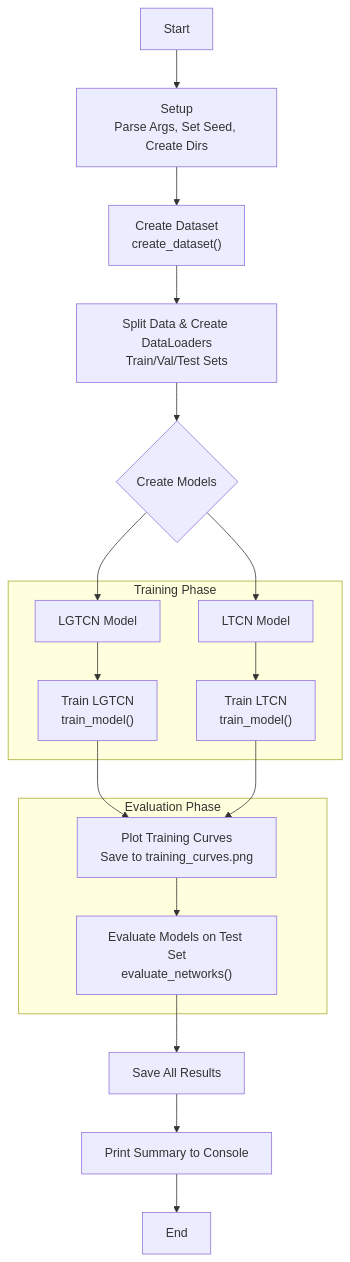
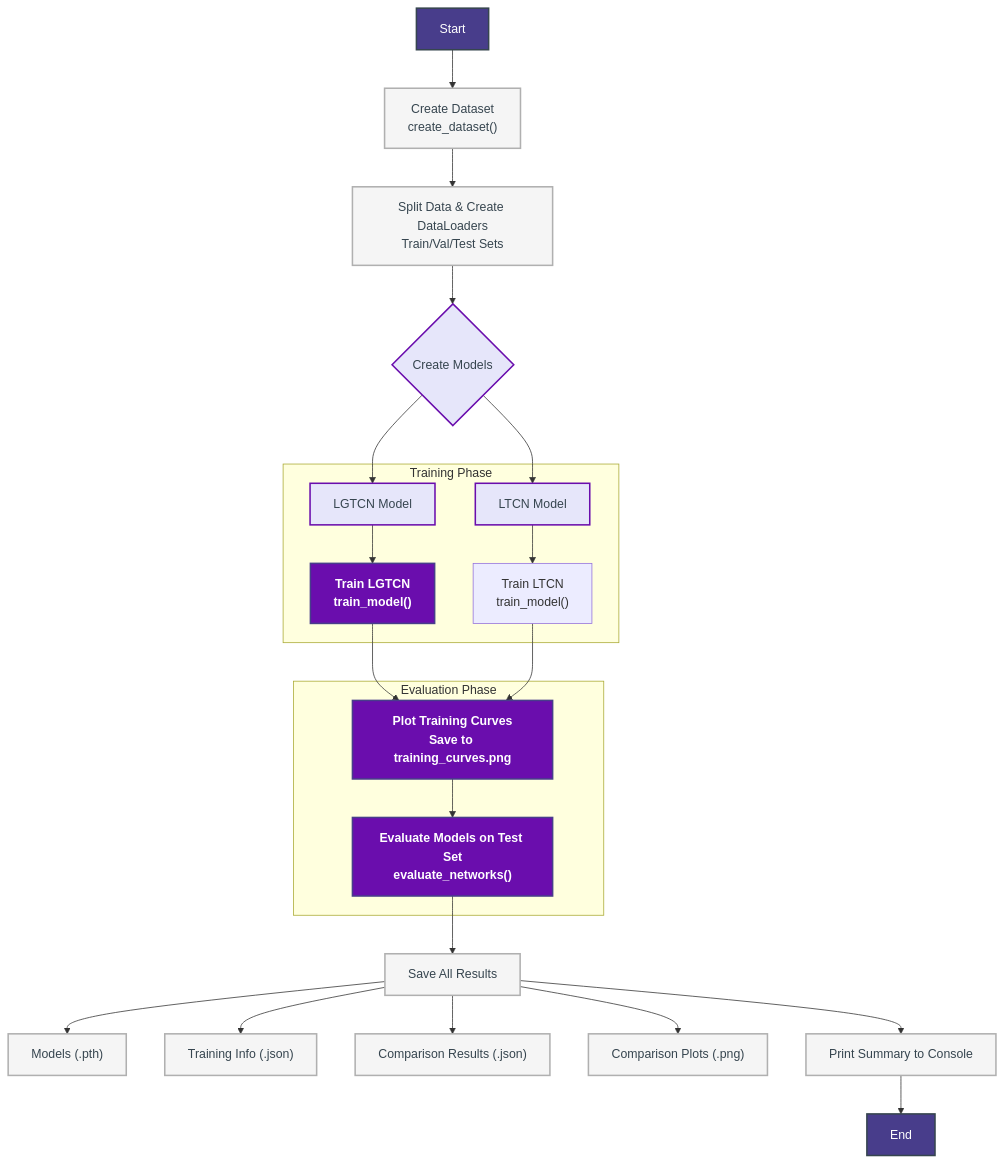
One commit to satra-11/liquid-graph-time-constant-network changed the diagram in README.md. Above: the diagram before and after it, drawn with Mermaid. The commit also changed other lines of this file and 2 other files, not shown here.

Commit message:
ディレクトリ調整

````diff
--- a/README.md
+++ b/README.md
@@ -29,25 +29,39 @@
 ```mermaid
 graph TD
-    A[Start] --> B[Setup<br>Parse Args, Set Seed, Create Dirs];
-    B --> C["Create Dataset<br>create_dataset()"];
-    C --> D[Split Data & Create DataLoaders<br>Train/Val/Test Sets];
+    A[Start] --> C["Create Dataset<br>create_dataset()"];
+    C --> D["Split Data & Create DataLoaders<br>Train/Val/Test Sets"];
     D --> E{Create Models};
     E --> F_LGTCN[LGTCN Model];
     E --> F_LTCN[LTCN Model];
 
     subgraph Training Phase
         F_LGTCN --> G_LGTCN["Train LGTCN<br>train_model()"];
         F_LTCN --> G_LTCN["Train LTCN<br>train_model()"];
     end
 
-    G_LGTCN & G_LTCN --> H[Plot Training Curves<br>Save to training_curves.png];
+    G_LGTCN & G_LTCN --> H["Plot Training Curves<br>Save to training_curves.png"];
 
     subgraph Evaluation Phase
         H --> I["Evaluate Models on Test Set<br>evaluate_networks()"];
     end
     
     I --> J[Save All Results];
+    J --> K["Models (.pth)"];
+    J --> L["Training Info (.json)"];
+    J --> M["Comparison Results (.json)"];
+    J --> N["Comparison Plots (.png)"];
 
     J --> O[Print Summary to Console];
     O --> P[End];
+
+    %% Style Definitions (Purple Theme)
+    classDef io fill:#F5F5F5,color:#36454F,stroke:#B0B0B0,stroke-width:2px;
+    classDef models fill:#E6E6FA,color:#36454F,stroke:#6A0DAD,stroke-width:2px;
+    classDef phase fill:#6A0DAD,color:#FFFFFF,stroke:#483D8B,stroke-width:2px,font-weight:bold;
+    classDef startend fill:#483D8B,color:#FFFFFF,stroke:#36454F,stroke-width:2px;
+
+    class A,P startend;
+    class B,C,D,J,K,L,M,N,O io;
+    class E,F_LGTCN,F_LTCN models;
+    class G_LGTCN,H,I phase;
 ```
````
